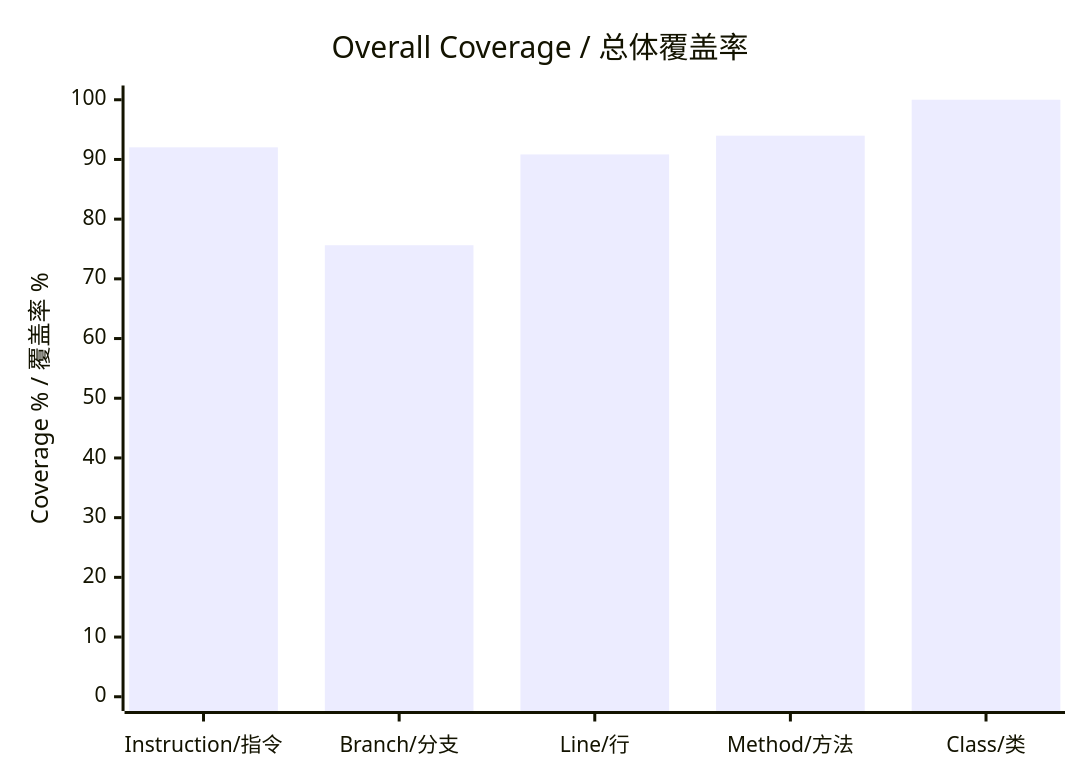
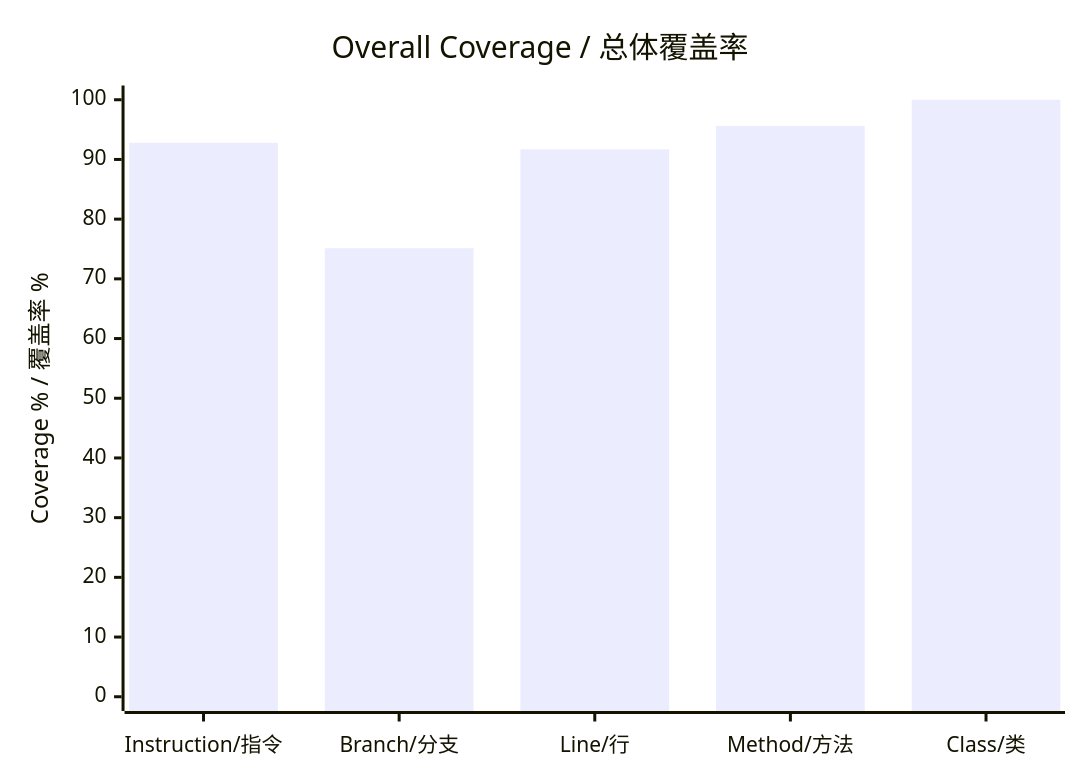
One commit to wxw121/miniMQ changed the second of 2 diagrams in docs/testing.md. Above: the diagram before and after it, drawn with Mermaid. The commit also changed other lines of this file and 27 other files, not shown here.

````diff
--- a/docs/testing.md
+++ b/docs/testing.md
@@ -90,7 +90,7 @@
 ```mermaid
 xychart-beta
     title "Overall Coverage / 总体覆盖率"
     x-axis ["Instruction/指令", "Branch/分支", "Line/行", "Method/方法", "Class/类"]
     y-axis "Coverage % / 覆盖率 %" 0 --> 100
-    bar [92.03, 75.63, 90.84, 93.98, 100.00]
+    bar [92.79, 75.13, 91.70, 95.62, 100.00]
 ```
````
